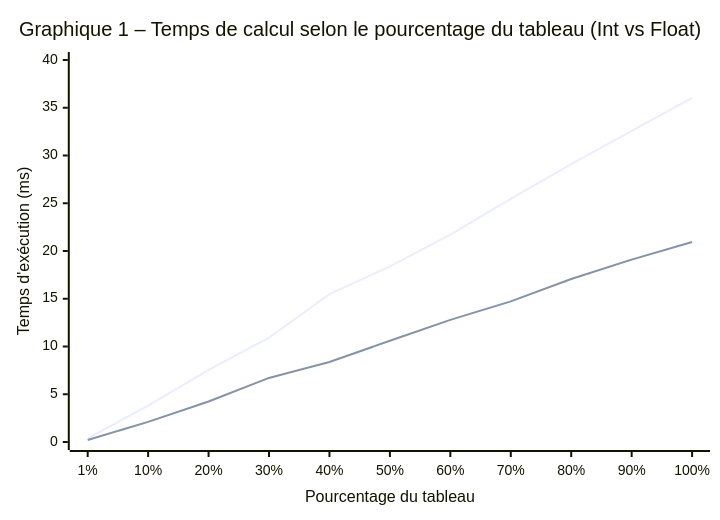
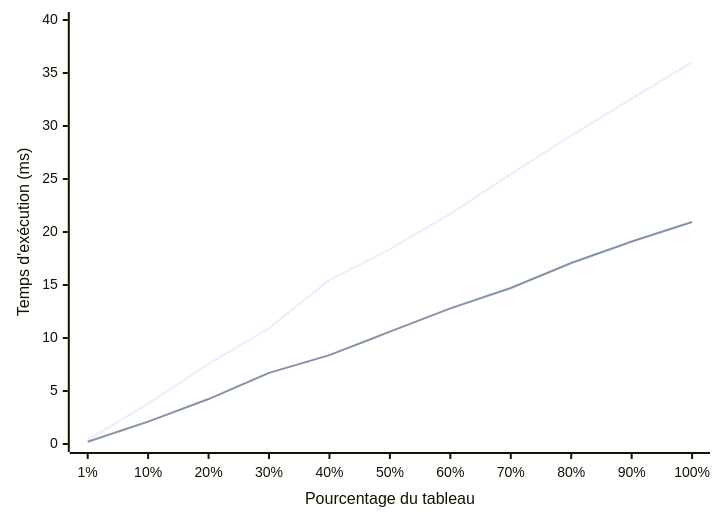
One commit to moyamelissa/INF2007---Advanved-Programming changed the diagram in TN4/TN4-report.md. Above: the diagram before and after it, drawn with Mermaid. The commit also changed other lines of this file, not shown here.

````diff
--- a/TN4/TN4-report.md
+++ b/TN4/TN4-report.md
@@ -27,9 +31,8 @@
 ```mermaid
 %%{init: {'theme': 'default', 'themeVariables': {'xyChart': {'backgroundColor': '#ffffff'}}}}%%
 xychart-beta
-    title "Graphique 1 – Temps de calcul selon le pourcentage du tableau (Int vs Float)"
     x-axis "Pourcentage du tableau" ["1%", "10%", "20%", "30%", "40%", "50%", "60%", "70%", "80%", "90%", "100%"]
     y-axis "Temps d'exécution (ms)" 0 --> 40
     line [0.39, 3.81, 7.55, 10.92, 15.48, 18.38, 21.71, 25.46, 29.09, 32.58, 36.03]
     line [0.21, 2.11, 4.24, 6.71, 8.38, 10.60, 12.79, 14.72, 17.07, 19.10, 20.94]
 ```
````
